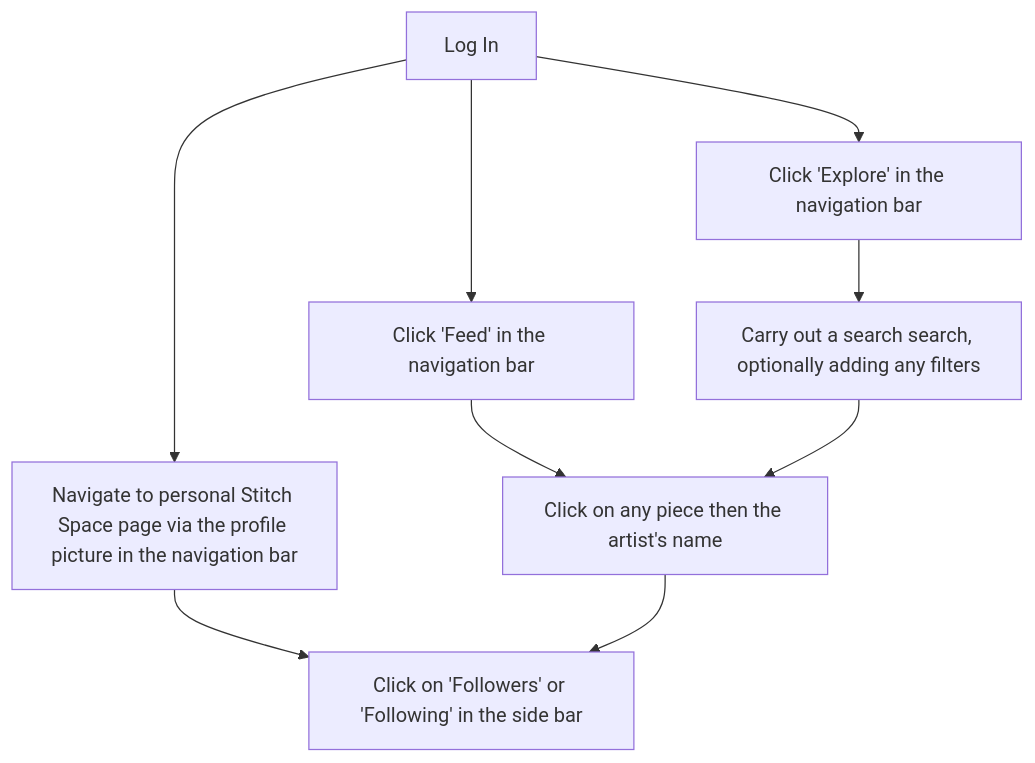
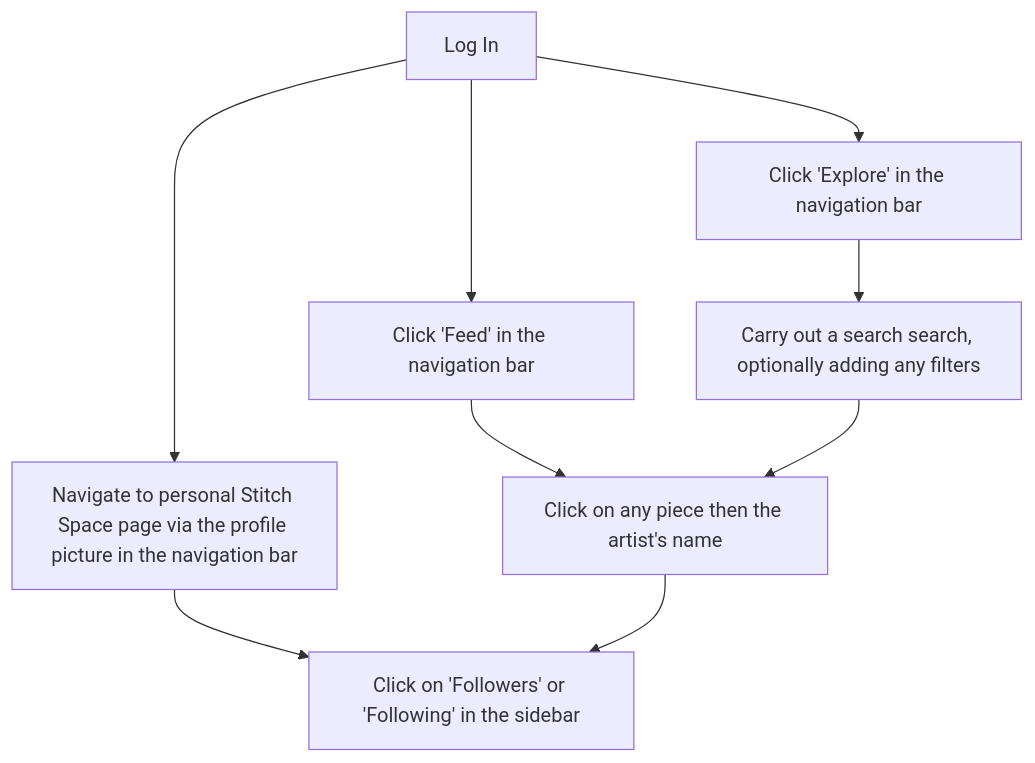
Before and after one commit to EvitaKnits/stitch-space: the fifth of 6 diagrams in README.md, drawn with Mermaid. The commit also changed other lines of this file, not shown here.

````diff
--- a/README.md
+++ b/README.md
@@ -165,11 +168,11 @@
 ```mermaid
 flowchart TD
     A[Log In] --> B[Navigate to personal Stitch Space page via the profile picture in the navigation bar]
     A --> C[Click 'Feed' in the navigation bar]
     A --> D[Click 'Explore' in the navigation bar]
-    B --> E[Click on 'Followers' or 'Following' in the side bar]
+    B --> E[Click on 'Followers' or 'Following' in the sidebar]
     C --> F[Click on any piece then the artist's name]
     D --> G[Carry out a search search, optionally adding any filters]
     G --> F
     F --> E
 ```
````
